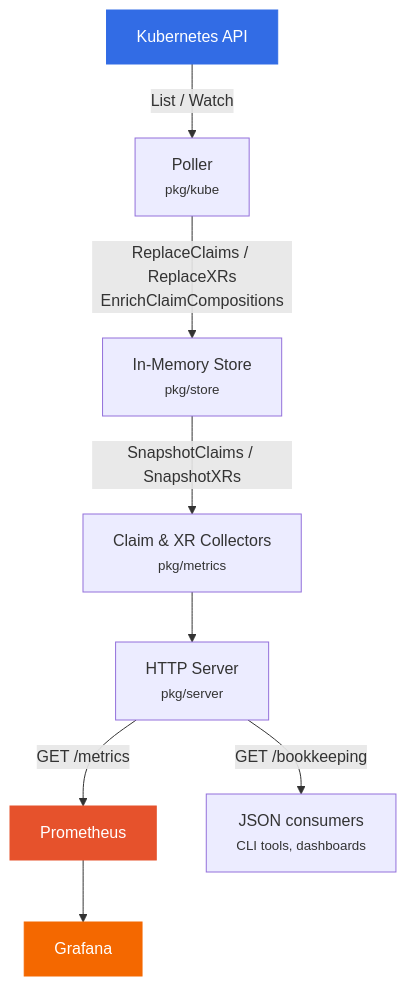
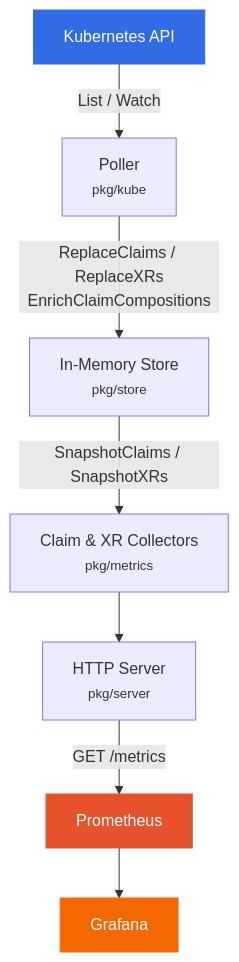
The diagram in docs/index.md (kanzifucius/xp-tracker), drawn with Mermaid before and after one commit. The commit also changed other lines of this file and 11 other files, not shown here.

First line of the commit message:
feat(server)!: remove /bookkeeping JSON endpoint

````diff
--- a/docs/index.md
+++ b/docs/index.md
@@ -83,14 +79,13 @@
 ```mermaid
 graph TD
     A[Kubernetes API] -->|List / Watch| B[Poller<br/><small>pkg/kube</small>]
     B -->|ReplaceClaims / ReplaceXRs<br/>EnrichClaimCompositions| C[In-Memory Store<br/><small>pkg/store</small>]
     C -->|SnapshotClaims / SnapshotXRs| D[Claim & XR Collectors<br/><small>pkg/metrics</small>]
     D --> E[HTTP Server<br/><small>pkg/server</small>]
     E -->|GET /metrics| F[Prometheus]
-    E -->|GET /bookkeeping| G[JSON consumers<br/><small>CLI tools, dashboards</small>]
     F --> H[Grafana]
 
     style A fill:#326CE5,color:#fff,stroke:#326CE5
     style F fill:#E6522C,color:#fff,stroke:#E6522C
     style H fill:#F46800,color:#fff,stroke:#F46800
 ```
````
